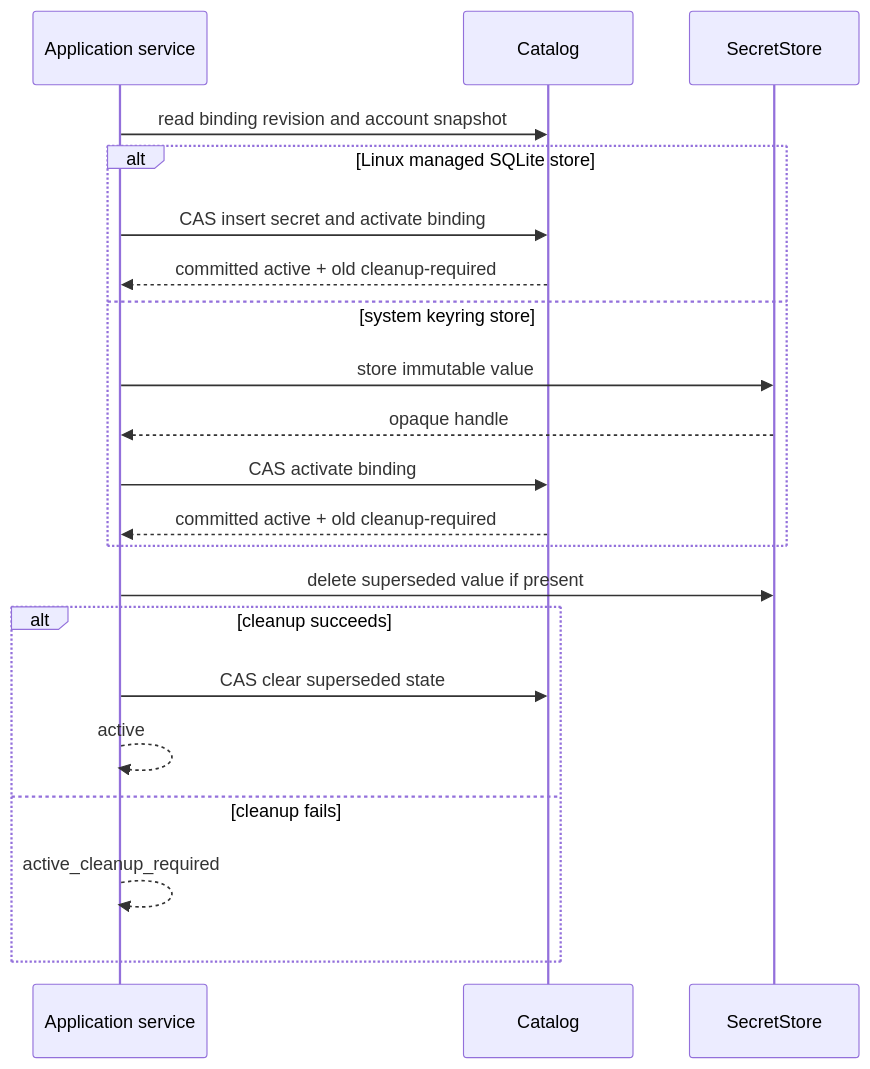
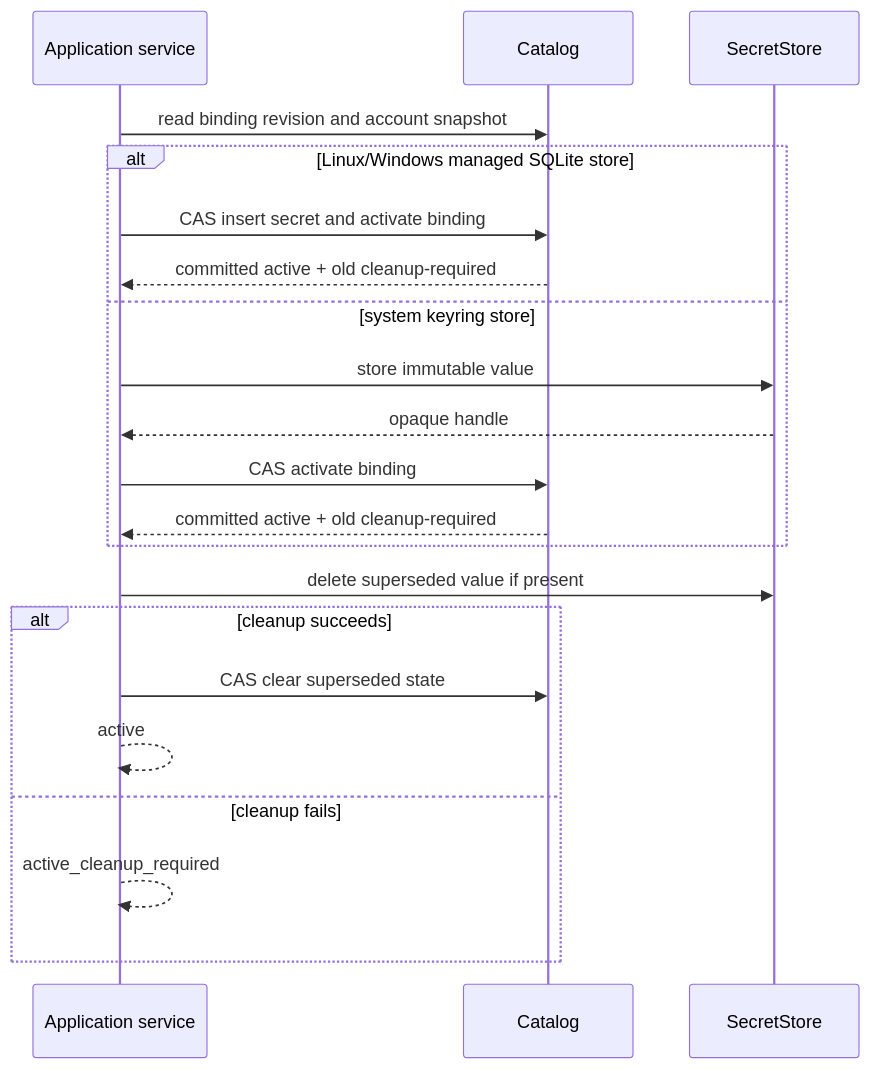
One commit to NeatNerdPrime/mcp-email-server changed the diagram in spec/05-credentials-and-secret-lifecycle.md. Above: the diagram before and after it, drawn with Mermaid. The commit also changed other lines of this file and 45 other files, not shown here.

````diff
--- a/spec/05-credentials-and-secret-lifecycle.md
+++ b/spec/05-credentials-and-secret-lifecycle.md
@@ -100,23 +101,23 @@
 ```mermaid
 sequenceDiagram
     participant A as Application service
     participant C as Catalog
     participant S as SecretStore
     A->>C: read binding revision and account snapshot
-    alt Linux managed SQLite store
+    alt Linux/Windows managed SQLite store
       A->>C: CAS insert secret and activate binding
       C-->>A: committed active + old cleanup-required
     else system keyring store
       A->>S: store immutable value
       S-->>A: opaque handle
       A->>C: CAS activate binding
       C-->>A: committed active + old cleanup-required
     end
     A->>S: delete superseded value if present
     alt cleanup succeeds
       A->>C: CAS clear superseded state
       A-->>A: active
     else cleanup fails
       A-->>A: active_cleanup_required
     end
 ```
````
